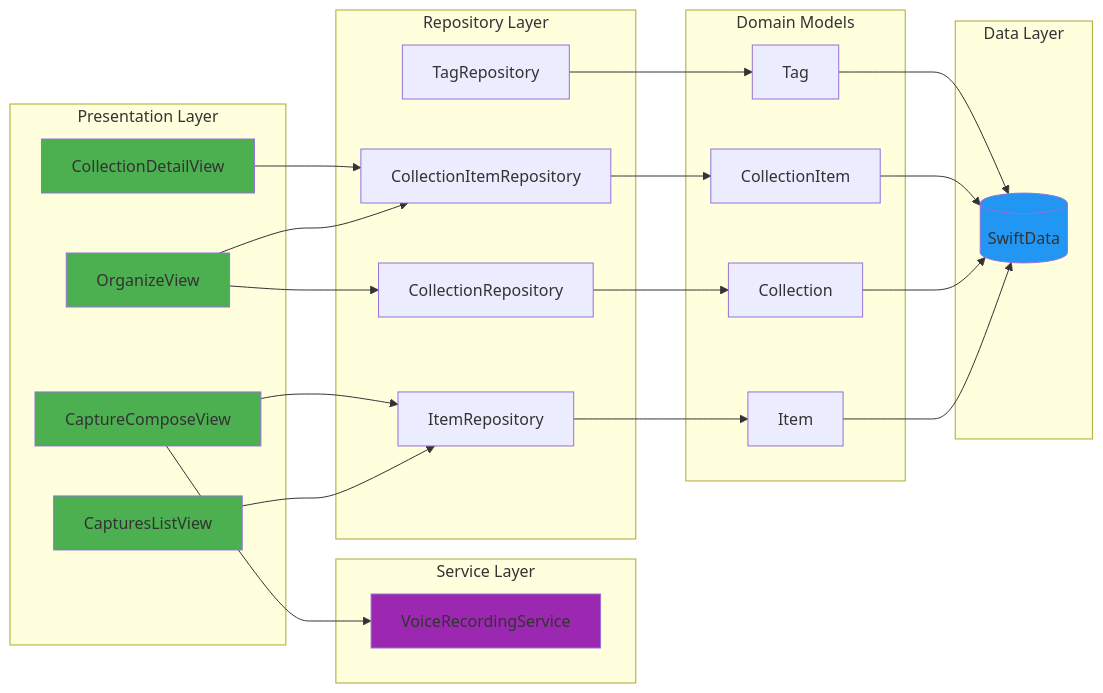
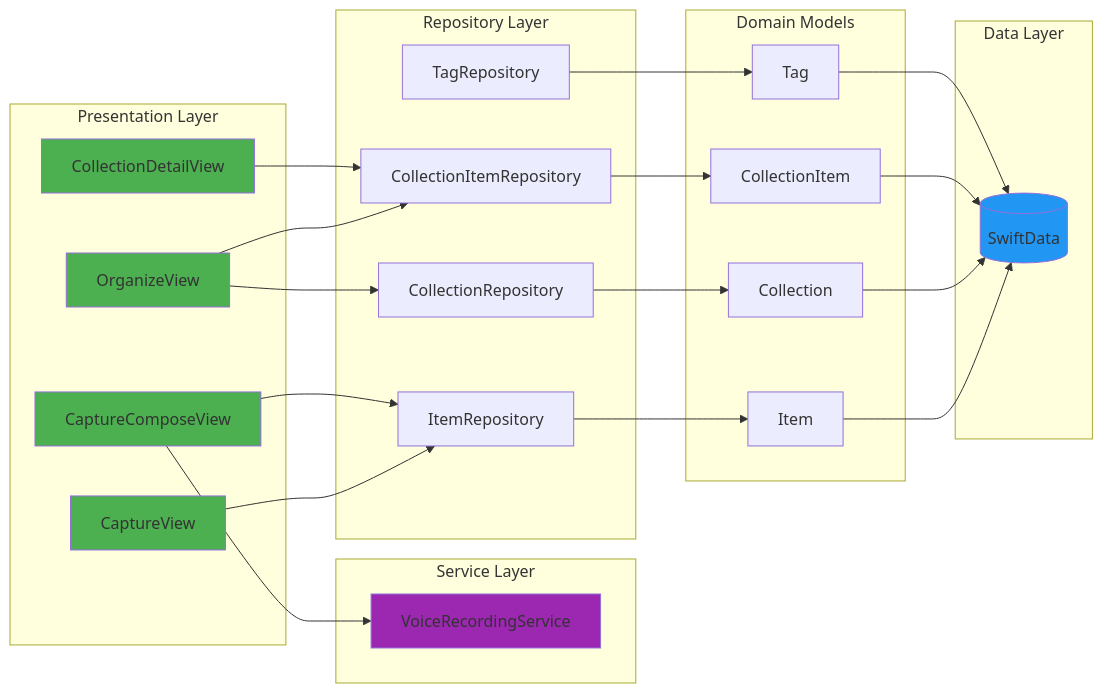
The second of 4 diagrams in README.md (Will-Conklin/Offload), drawn with Mermaid before and after one commit. The commit also changed other lines of this file and 117 other files, not shown here.

Commit message:
feat(ui): consolidate design system and capture flow

````diff
--- a/README.md
+++ b/README.md
@@ -143,55 +143,55 @@
 ```mermaid
 graph LR
     subgraph "Presentation Layer"
-        CAPTURES[CapturesListView]
+        CAPTURES[CaptureView]
         CAPTURE[CaptureComposeView]
         ORGANIZE[OrganizeView]
         COLLECTION[CollectionDetailView]
     end
 
     subgraph "Service Layer"
         VOICE[VoiceRecordingService]
     end
 
     subgraph "Repository Layer"
         IREPO[ItemRepository]
         CREPO[CollectionRepository]
         CIREPO[CollectionItemRepository]
         TREPO[TagRepository]
     end
 
     subgraph "Domain Models"
         ITEM[Item]
         COLLECTIONM[Collection]
         COLITEM[CollectionItem]
         TAG[Tag]
     end
 
     subgraph "Data Layer"
         SWIFTDATA[(SwiftData)]
     end
 
     CAPTURES --> IREPO
     CAPTURE --> IREPO
     ORGANIZE --> CREPO
     ORGANIZE --> CIREPO
     COLLECTION --> CIREPO
     CAPTURE --> VOICE
 
     IREPO --> ITEM
     CREPO --> COLLECTIONM
     CIREPO --> COLITEM
     TREPO --> TAG
 
     ITEM --> SWIFTDATA
     COLLECTIONM --> SWIFTDATA
     COLITEM --> SWIFTDATA
     TAG --> SWIFTDATA
 
     style CAPTURES fill:#4CAF50
     style CAPTURE fill:#4CAF50
     style ORGANIZE fill:#4CAF50
     style COLLECTION fill:#4CAF50
     style VOICE fill:#9C27B0
     style SWIFTDATA fill:#2196F3
 ```
````
